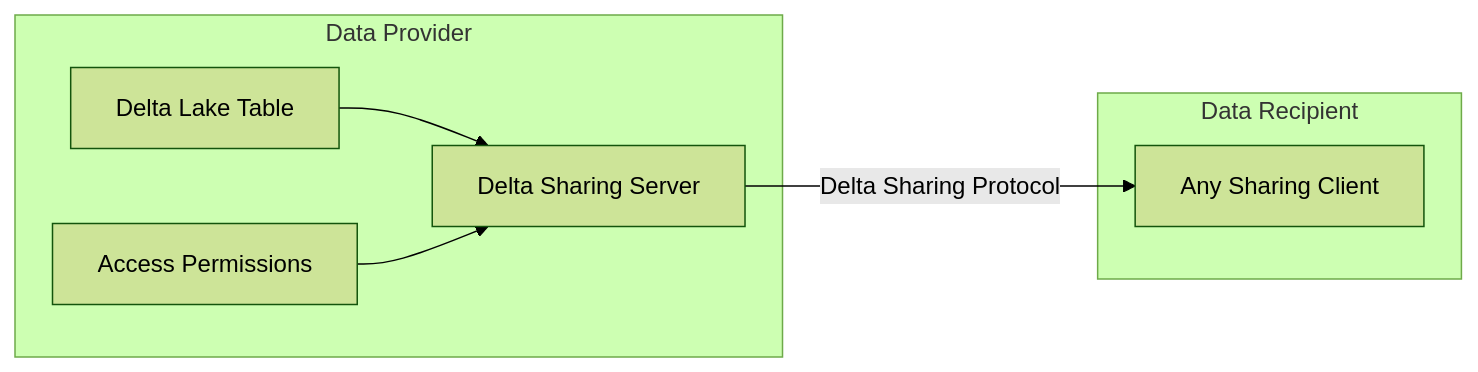
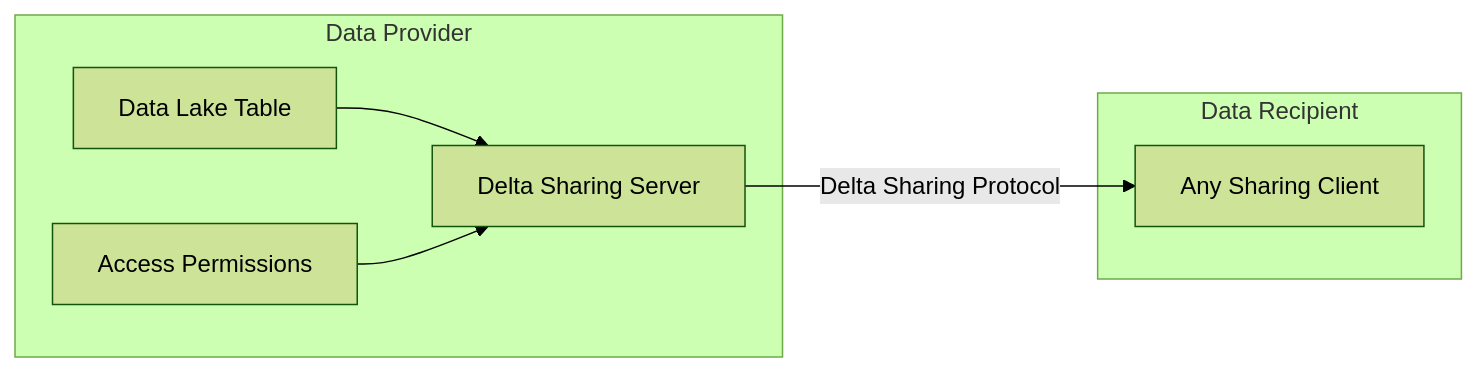
One commit to SAP/architecture-center changed the first of 3 diagrams in docs/ref-arch/RA0013/1-data-products-in-sap-business-data-cloud/readme.md. Above: the diagram before and after it, drawn with Mermaid (forest theme). The commit also changed other lines of this file, not shown here.

````diff
--- a/docs/ref-arch/RA0013/1-data-products-in-sap-business-data-cloud/readme.md
+++ b/docs/ref-arch/RA0013/1-data-products-in-sap-business-data-cloud/readme.md
@@ -101,13 +107,13 @@
 ```mermaid
 graph LR
     subgraph Data Provider
-        DL[Delta Lake Table] --> DS[Delta Sharing Server]
+        DL[Data Lake Table] --> DS[Delta Sharing Server]
         AP[Access Permissions] --> DS
     end
 
     DS -- Delta Sharing Protocol --> AC[Any Sharing Client]
 
     subgraph Data Recipient
         AC
     end
 ```
````
